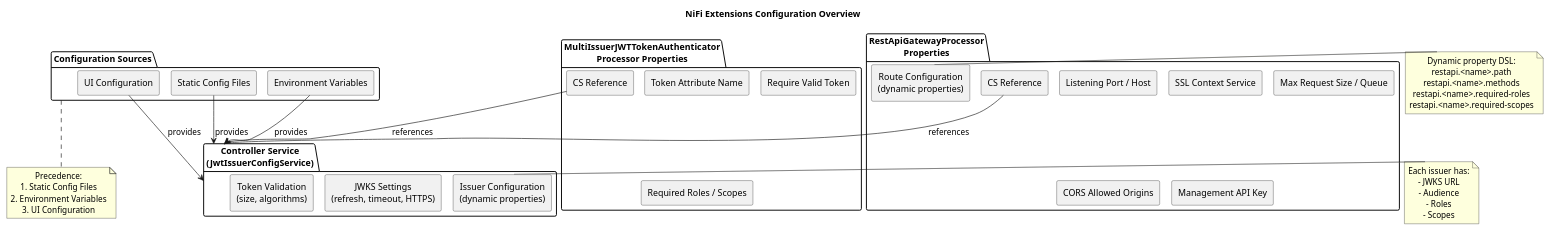
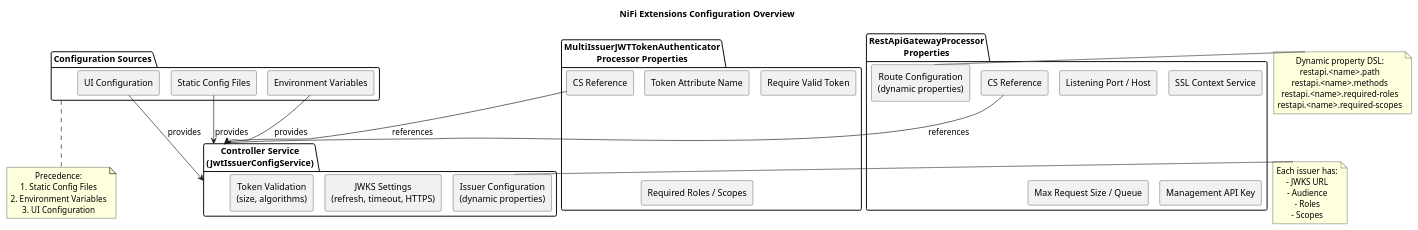
One commit to cuioss/nifi-extensions changed the diagram in doc/plantuml/configuration-overview.puml. Above: the diagram before and after it, drawn with PlantUML. The commit also changed 21 other files, not shown here.

```diff
--- a/doc/plantuml/configuration-overview.puml
+++ b/doc/plantuml/configuration-overview.puml
@@ -1,68 +1,67 @@
 @startuml configuration-overview
 !pragma layout smetana
 skinparam backgroundColor white
 skinparam componentStyle rectangle
 skinparam defaultTextAlignment center
 
 title NiFi Extensions Configuration Overview
 
 package "Configuration Sources" as sources {
   [UI Configuration] as ui
   [Static Config Files] as files
   [Environment Variables] as env
 }
 
 package "Controller Service\n(JwtIssuerConfigService)" as cs_config {
   [Issuer Configuration\n(dynamic properties)] as issuers
   [JWKS Settings\n(refresh, timeout, HTTPS)] as jwks_settings
   [Token Validation\n(size, algorithms)] as token_settings
 }
 
 package "MultiIssuerJWTTokenAuthenticator\nProcessor Properties" as jwt_config {
   [Token Attribute Name] as token_attr
   [Require Valid Token] as require_token
   [Required Roles / Scopes] as jwt_authz
   [CS Reference] as jwt_cs_ref
 }
 
 package "RestApiGatewayProcessor\nProperties" as gw_config {
   [Listening Port / Host] as listen
   [SSL Context Service] as ssl
   [Max Request Size / Queue] as limits
-  [CORS Allowed Origins] as cors
   [Management API Key] as mgmt_key
   [CS Reference] as gw_cs_ref
   [Route Configuration\n(dynamic properties)] as routes
 }
 
 ui --> cs_config : provides
 files --> cs_config : provides
 env --> cs_config : provides
 
 jwt_cs_ref --> cs_config : references
 gw_cs_ref --> cs_config : references
 
 note bottom of sources
   Precedence:
   1. Static Config Files
   2. Environment Variables
   3. UI Configuration
 end note
 
 note right of routes
   Dynamic property DSL:
   restapi.<name>.path
   restapi.<name>.methods
   restapi.<name>.required-roles
   restapi.<name>.required-scopes
 end note
 
 note right of issuers
   Each issuer has:
   - JWKS URL
   - Audience
   - Roles
   - Scopes
 end note
 
 @enduml
```
